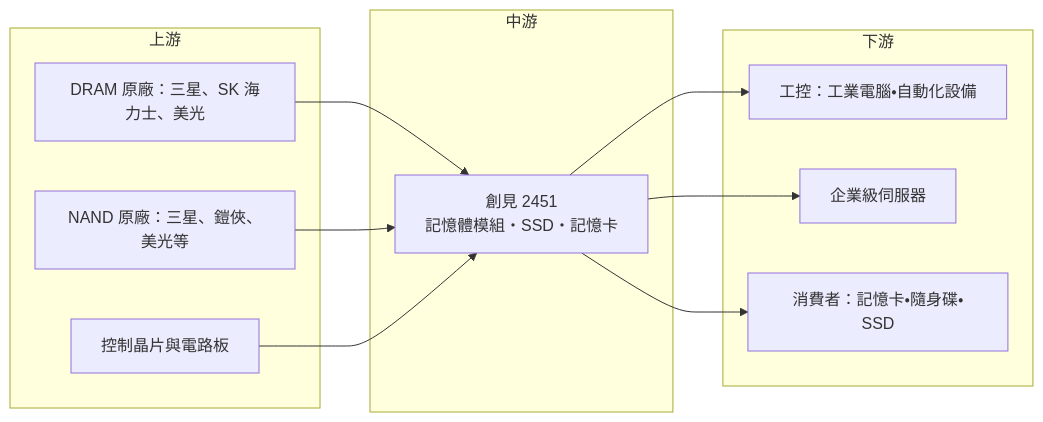
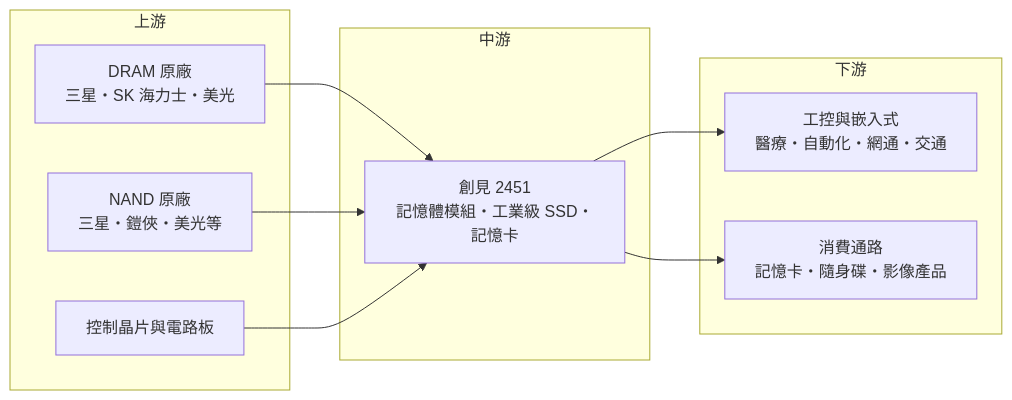
Before and after one commit to wangnick1004/taiwan-stock-vault: the fourth of 4 diagrams in 個股/台股/2451創見.md, drawn with Mermaid. The commit also changed other lines of this file and 19 other files, not shown here.

````diff
--- a/個股/台股/2451創見.md
+++ b/個股/台股/2451創見.md
@@ -213,22 +222,20 @@
 ```mermaid
 flowchart LR
     subgraph 上游
-        A1[DRAM 原廠：三星、SK 海力士、美光]
-        A2[NAND 原廠：三星、鎧俠、美光等]
+        A1[DRAM 原廠<br/>三星・SK 海力士・美光]
+        A2[NAND 原廠<br/>三星・鎧俠・美光等]
         A3[控制晶片與電路板]
     end
     subgraph 中游
-        B[創見 2451<br/>記憶體模組・SSD・記憶卡]
+        B[創見 2451<br/>記憶體模組・工業級 SSD・記憶卡]
     end
     subgraph 下游
-        C1[工控：工業電腦・自動化設備]
-        C2[企業級伺服器]
-        C3[消費者：記憶卡・隨身碟・SSD]
+        C1[工控與嵌入式<br/>醫療・自動化・網通・交通]
+        C2[消費通路<br/>記憶卡・隨身碟・影像產品]
     end
     A1 --> B
     A2 --> B
     A3 --> B
     B --> C1
     B --> C2
-    B --> C3
 ```
````
